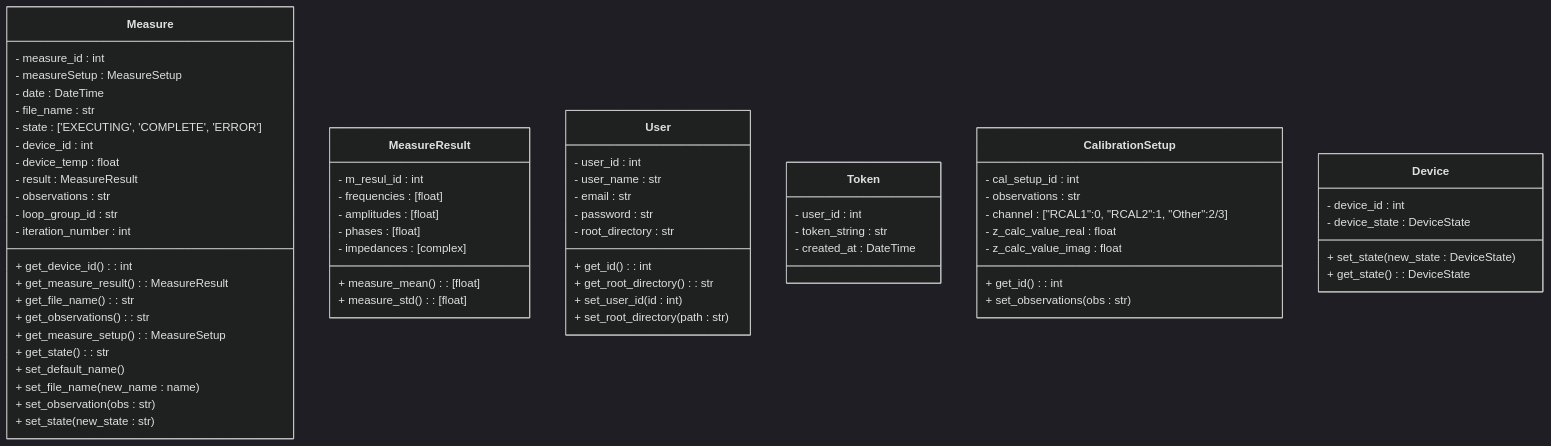
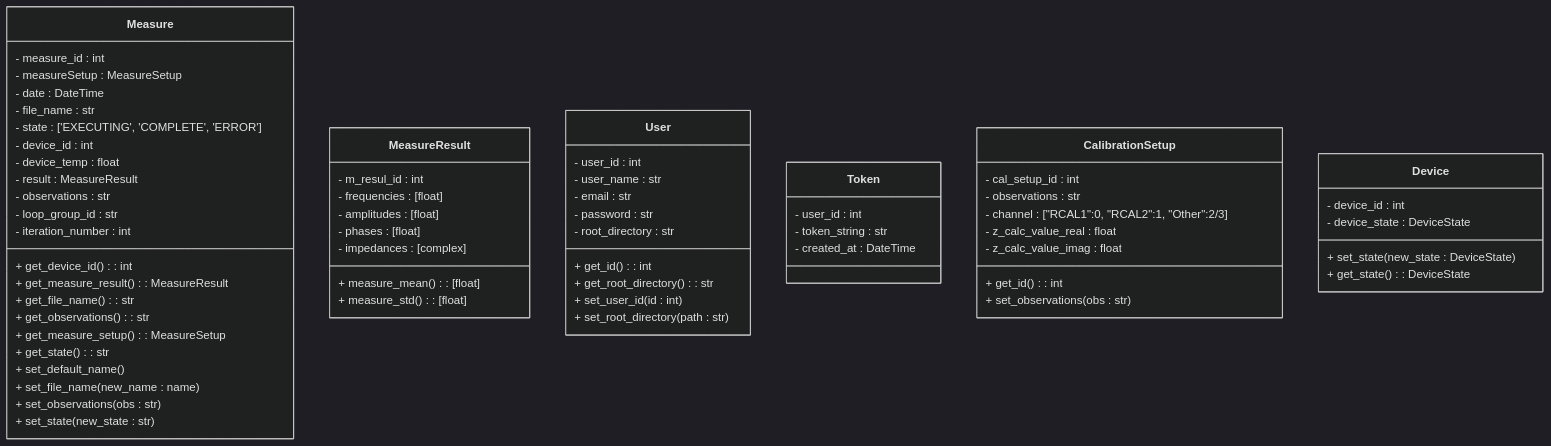
One commit to alegrelias/Repo-GMini changed the seventh of 15 diagrams in Gmini-MarkDown/Diagramas/Diagramas de Clases.md. Above: the diagram before and after it, drawn with Mermaid (dark theme). The commit also changed other lines of this file, not shown here.

```diff
--- a/Gmini-MarkDown/Diagramas/Diagramas de Clases.md
+++ b/Gmini-MarkDown/Diagramas/Diagramas de Clases.md
@@ -656,7 +657,7 @@
 	
 	%% setters
 	+ set_file_name(new_name : name)
-	+ set_observation(obs : str)
+	+ set_observations(obs : str)
 	+ set_state(new_state : str)
 
 }
```
